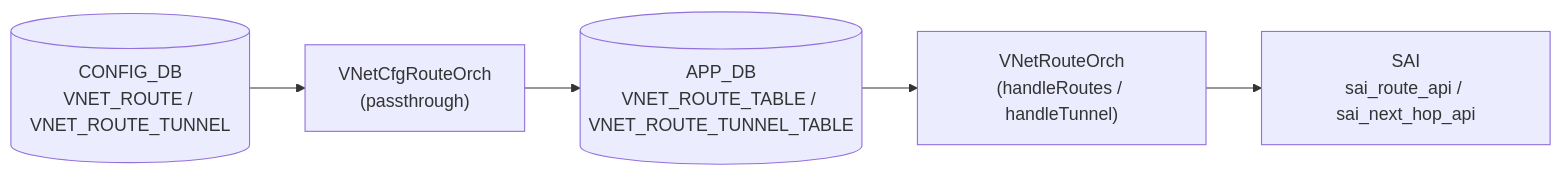
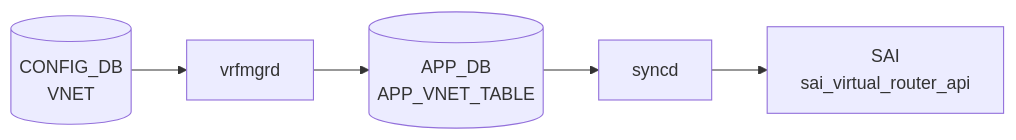
One commit to aoki-taquan/sonic-unofficial-docs changed the diagram in docs/reference/config-db/vnet-route.md. Above: the diagram before and after it, drawn with Mermaid. The commit also changed other lines of this file and 359 other files, not shown here.

````diff
--- a/docs/reference/config-db/vnet-route.md
+++ b/docs/reference/config-db/vnet-route.md
@@ -45,12 +45,12 @@
 ```mermaid
 flowchart LR
-  CDB[("CONFIG_DB<br/>VNET_ROUTE / VNET_ROUTE_TUNNEL")]
-  CFGORCH["VNetCfgRouteOrch<br/>(passthrough)"]
-  CDB --> CFGORCH
-  APPDB[("APP_DB<br/>VNET_ROUTE_TABLE / VNET_ROUTE_TUNNEL_TABLE")]
-  CFGORCH --> APPDB
-  ROUTEORCH["VNetRouteOrch<br/>(handleRoutes / handleTunnel)"]
-  APPDB --> ROUTEORCH
-  SAI["SAI<br/>sai_route_api / sai_next_hop_api"]
-  ROUTEORCH --> SAI
+  CDB[("CONFIG_DB<br/>VNET")]
+  DM["vrfmgrd"]
+  CDB --> DM
+  APPDB[("APP_DB<br/>APP_VNET_TABLE")]
+  DM --> APPDB
+  SYNCD["syncd"]
+  APPDB --> SYNCD
+  SAI["SAI<br/>sai_virtual_router_api"]
+  SYNCD --> SAI
 ```
````
